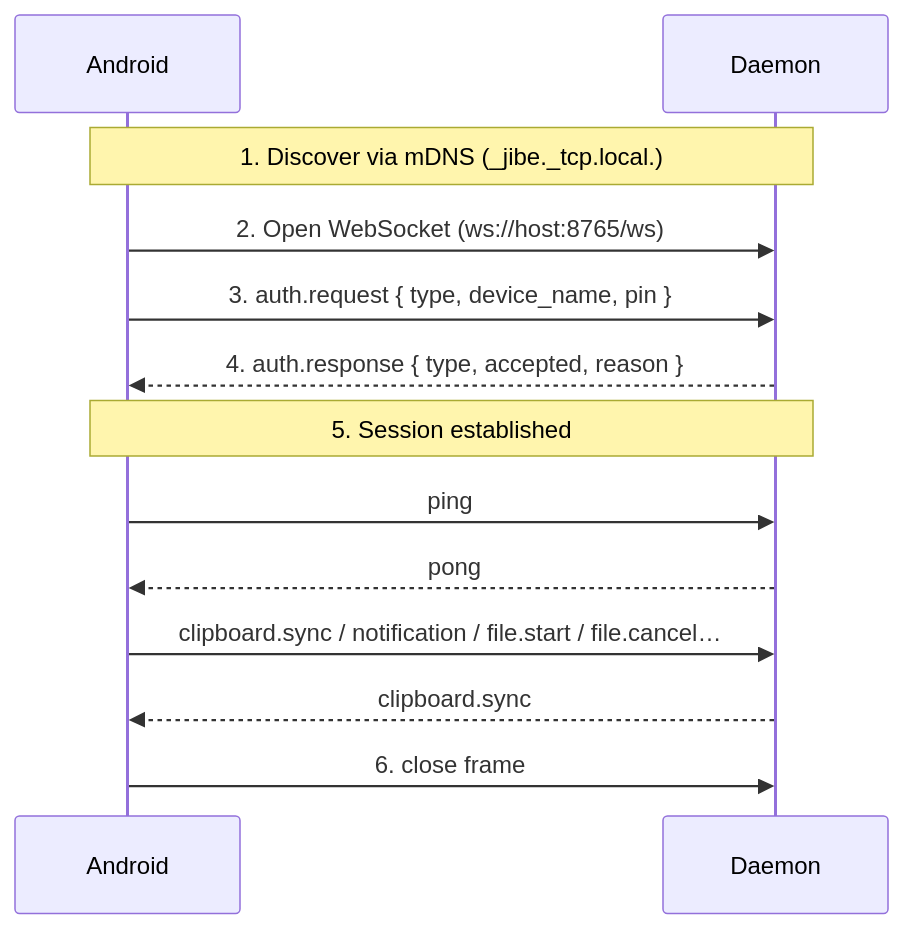
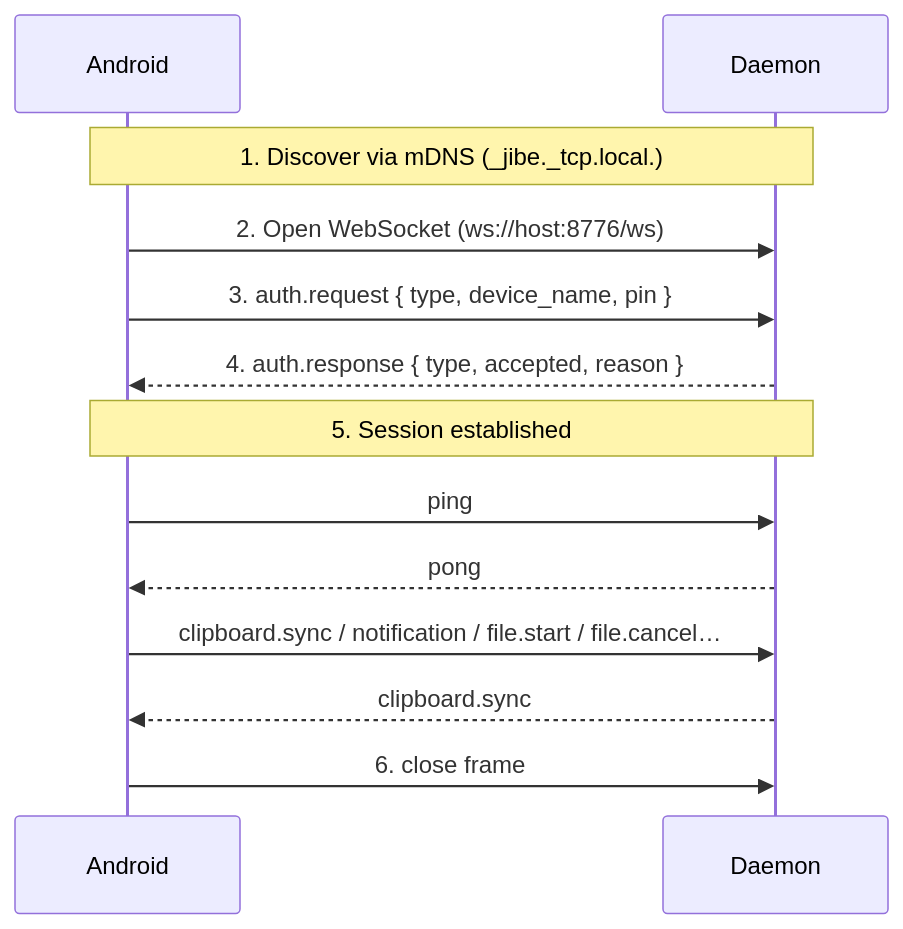
Before and after one commit to gobbledyglomp/jibe: the diagram in docs/protocol.md, drawn with Mermaid. The commit also changed 10 other files, not shown here.

````diff
--- a/docs/protocol.md
+++ b/docs/protocol.md
@@ -16,19 +16,19 @@
 ```mermaid
 sequenceDiagram
     participant Android
     participant Daemon
 
     Note over Android,Daemon: 1. Discover via mDNS (_jibe._tcp.local.)
 
-    Android->>Daemon: 2. Open WebSocket (ws://host:8765/ws)
+    Android->>Daemon: 2. Open WebSocket (ws://host:8776/ws)
     Android->>Daemon: 3. auth.request { type, device_name, pin }
     Daemon-->>Android: 4. auth.response { type, accepted, reason }
 
     Note over Android,Daemon: 5. Session established
     Android->>Daemon: ping
     Daemon-->>Android: pong
     Android->>Daemon: clipboard.sync / notification / file.start / file.cancel…
     Daemon-->>Android: clipboard.sync
 
     Android->>Daemon: 6. close frame
 ```
````
